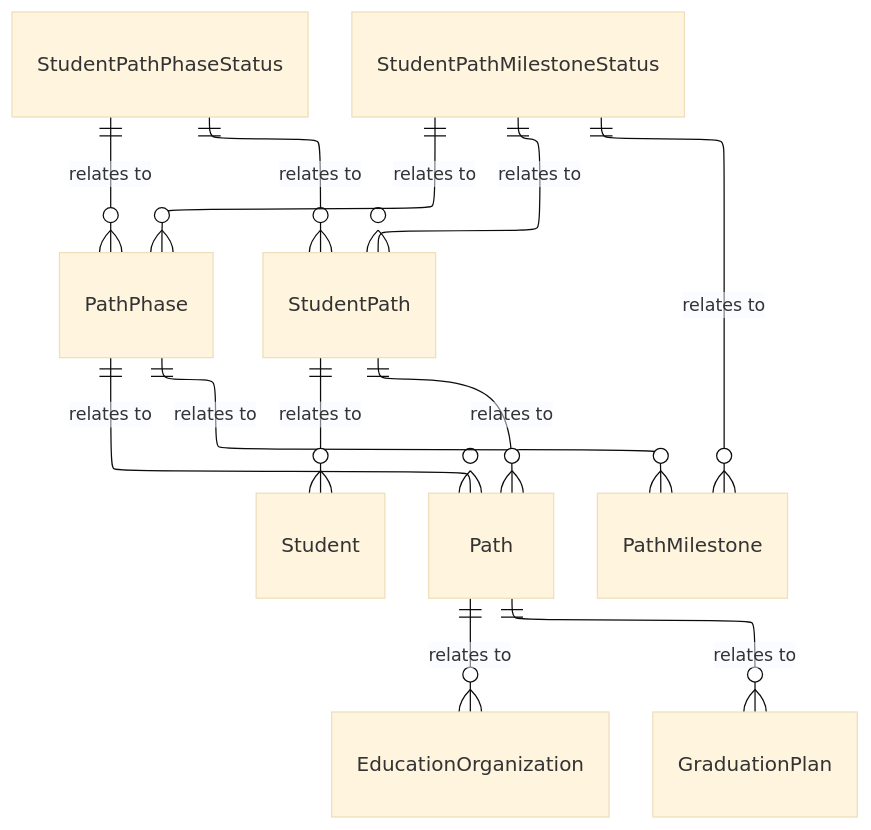
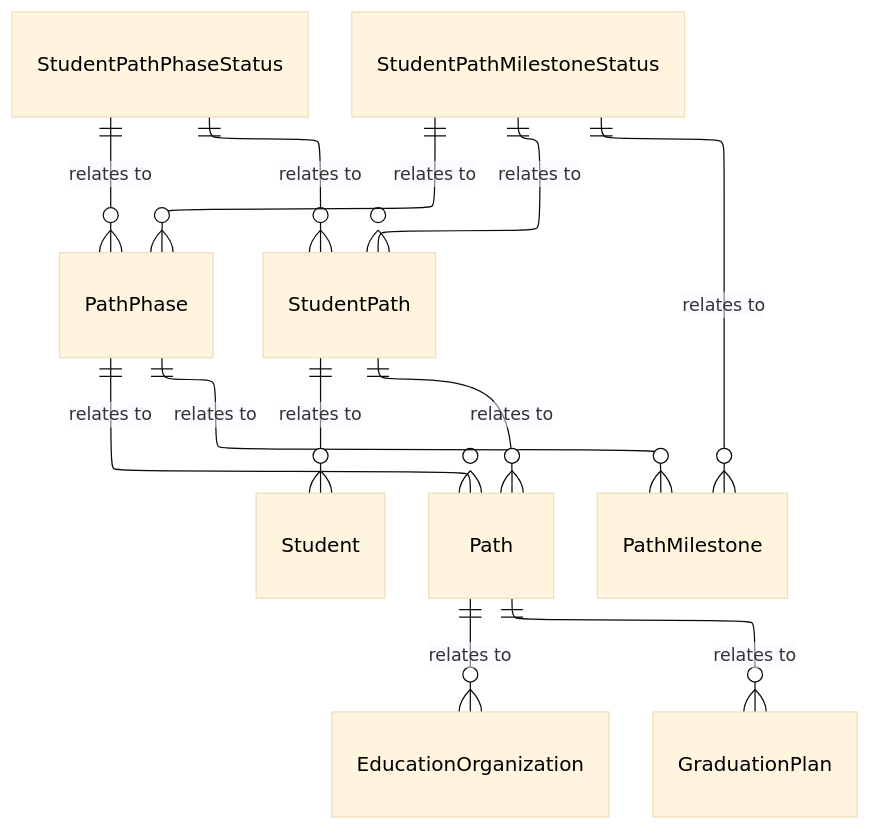
Before and after one commit to Ed-Fi-Alliance-OSS/ed-fi-alliance-oss.github.io: the diagram in dataStandard_versioned_docs/version-6/model-reference/path-domain/model-diagrams.md, drawn with Mermaid (base theme). The commit also changed 24 other files, not shown here.

````diff
--- a/dataStandard_versioned_docs/version-6/model-reference/path-domain/model-diagrams.md
+++ b/dataStandard_versioned_docs/version-6/model-reference/path-domain/model-diagrams.md
@@ -10,38 +10,45 @@
 ```mermaid
 ---
-
 config:
   layout: elk
 ---
-
 erDiagram
     Student {
     }
     EducationOrganization {
     }
     GraduationPlan {
     }
     Path {
     }
     PathPhase {
     }
     PathMilestone {
     }
     StudentPath {
     }
     StudentPathPhaseStatus {
     }
     StudentPathMilestoneStatus {
     }
     Path ||--o{ EducationOrganization : "relates to"
     Path ||--o{ GraduationPlan : "relates to"
     PathPhase ||--o{ Path : "relates to"
     PathPhase ||--o{ PathMilestone : "relates to"
     StudentPath ||--o{ Student : "relates to"
     StudentPath ||--o{ Path : "relates to"
     StudentPathPhaseStatus ||--o{ StudentPath : "relates to"
     StudentPathPhaseStatus ||--o{ PathPhase : "relates to"
     StudentPathMilestoneStatus ||--o{ StudentPath : "relates to"
     StudentPathMilestoneStatus ||--o{ PathPhase : "relates to"
     StudentPathMilestoneStatus ||--o{ PathMilestone : "relates to"
+    style Student color:#000000
+    style EducationOrganization color:#000000
+    style GraduationPlan color:#000000
+    style Path color:#000000
+    style PathPhase color:#000000
+    style PathMilestone color:#000000
+    style StudentPath color:#000000
+    style StudentPathPhaseStatus color:#000000
+    style StudentPathMilestoneStatus color:#000000
 ```
````
